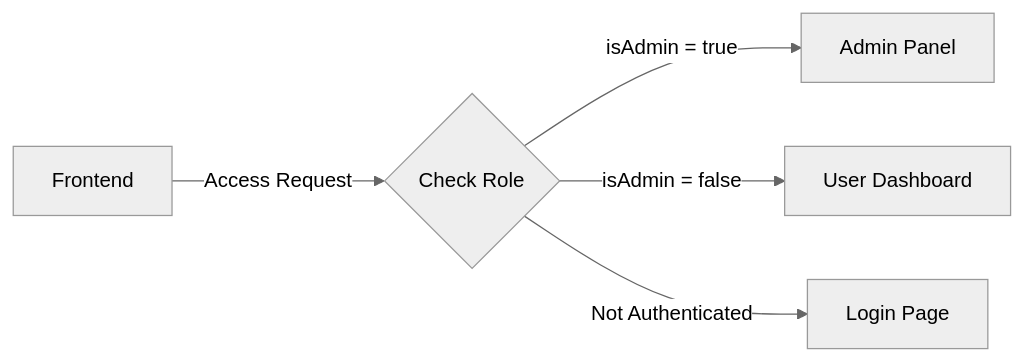
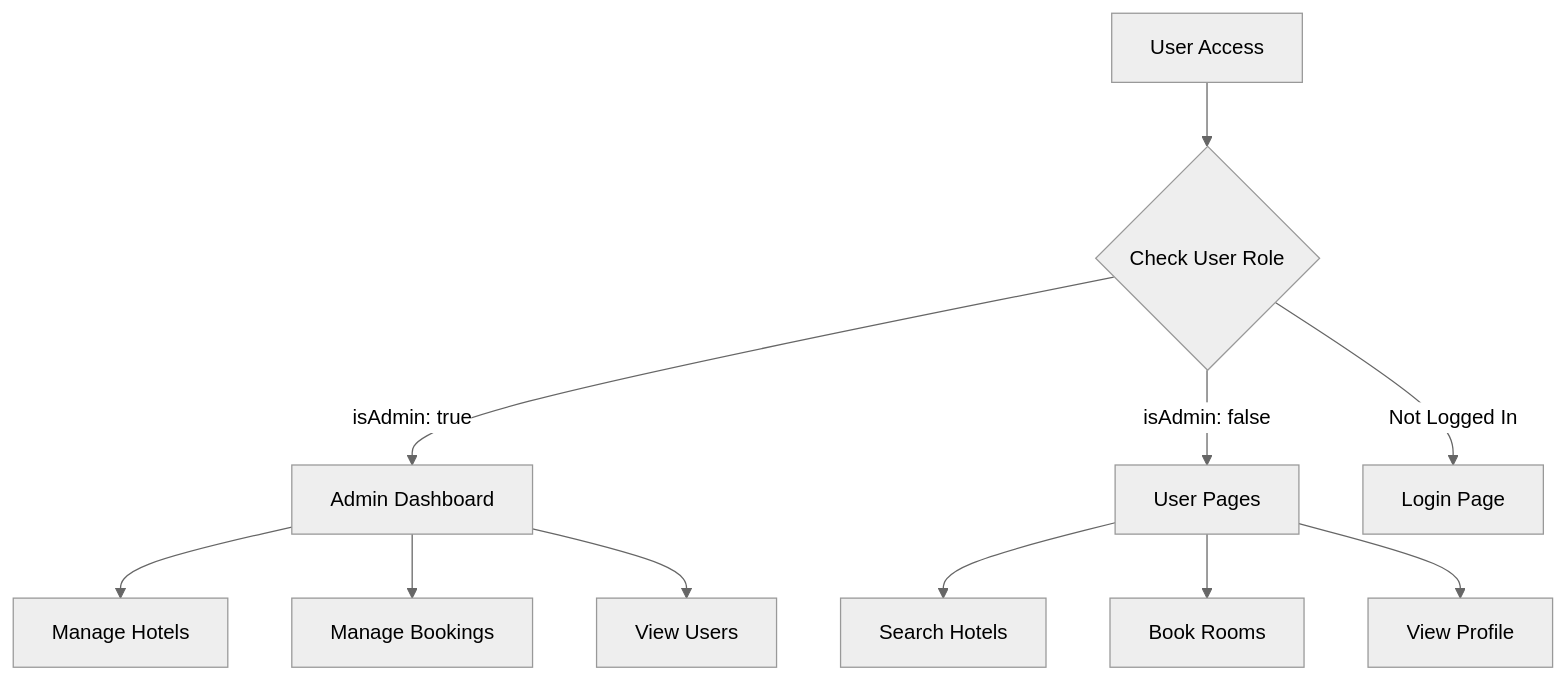
Before and after one commit to Khush-GKMIT/Hotel-Management-System-Docs: the sixth of 7 diagrams in docs/Technical-documentation.md, drawn with Mermaid (neutral theme). The commit also changed other lines of this file and 8 other files, not shown here.

````diff
--- a/docs/Technical-documentation.md
+++ b/docs/Technical-documentation.md
@@ -98,7 +173,15 @@
 ```mermaid
-flowchart LR
-FE[Frontend] -->|Access Request| RouteGuard{Check Role}
-RouteGuard -->|isAdmin = true| AdminPages[Admin Panel]
-RouteGuard -->|isAdmin = false| UserPages[User Dashboard]
-RouteGuard -->|Not Authenticated| Login[Login Page]
+flowchart TD
+    A[User Access] --> B{Check User Role}
+    B -->|isAdmin: true| C[Admin Dashboard]
+    B -->|isAdmin: false| D[User Pages]
+    B -->|Not Logged In| E[Login Page]
+    
+    C --> C1[Manage Hotels]
+    C --> C2[Manage Bookings]
+    C --> C3[View Users]
+    
+    D --> D1[Search Hotels]
+    D --> D2[Book Rooms]
+    D --> D3[View Profile]
 ```
````
